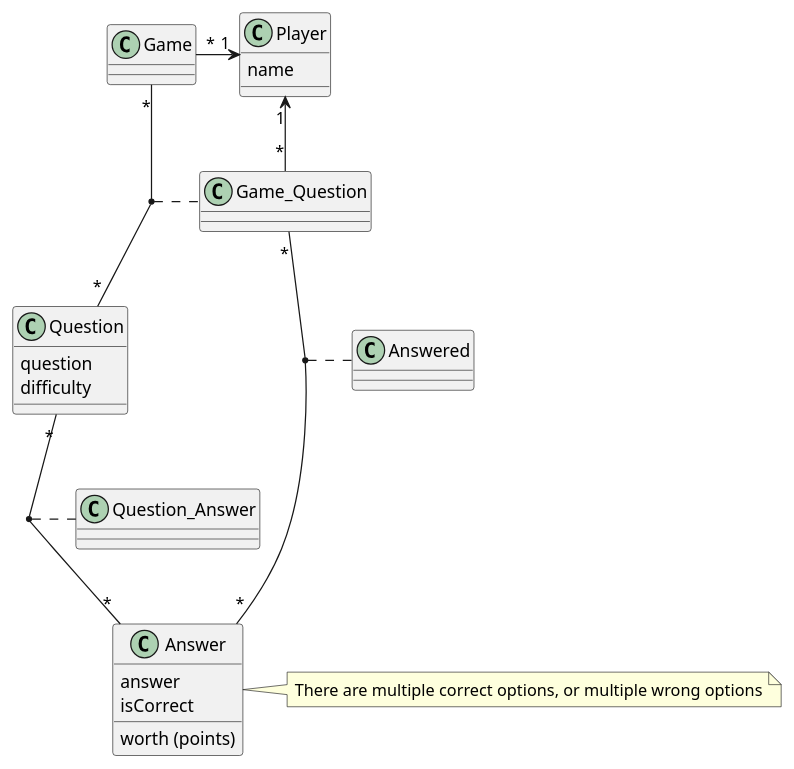
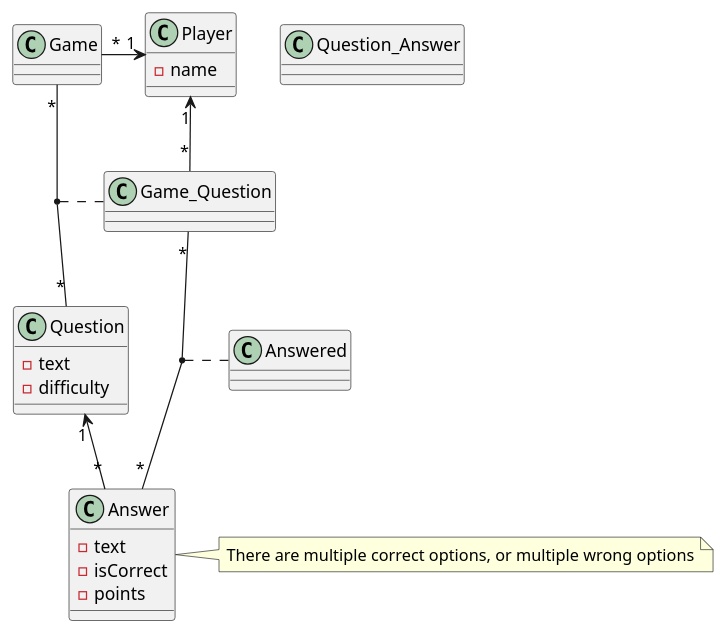
Before and after one commit to 2122-3bhitm-itp/02-project-uno: the diagram in asciidocs/plantuml/classDiagramm.puml, drawn with PlantUML.

Commit message:
implement changes from feedback

```diff
--- a/asciidocs/plantuml/classDiagramm.puml
+++ b/asciidocs/plantuml/classDiagramm.puml
@@ -1,49 +1,47 @@
 @startuml
 skinparam backgroundcolor transparent
 skinparam shadowing false
 
 top to bottom direction
 
 class Game{}
 
 class Player{
-    name
+    - name
 }
 
 class Question {
-    question
-    difficulty
+    - text
+    - difficulty
 }
 
 class Answer{
-    answer
-    isCorrect
-    worth (points)
+    - text
+    - isCorrect
+    - points
 }
 
 class Game_Question{}
 
 class Question_Answer{}
 
 class Answered{}
 
 Player "1" <-left- "*" Game
 
 Game_Question "*"-left->"1" Player
 
 Game "*" -- "*" Question
 
 (Game,Question) .. Game_Question
 
-Question "*"--"*" Answer
-
-Question_Answer .. (Question, Answer)
+Question "1"<--"*" Answer
 
 Game_Question "*"--"*" Answer
 
 (Game_Question, Answer) .. Answered
 
 note right of Answer
     There are multiple correct options, or multiple wrong options
 end note
 @enduml
```
